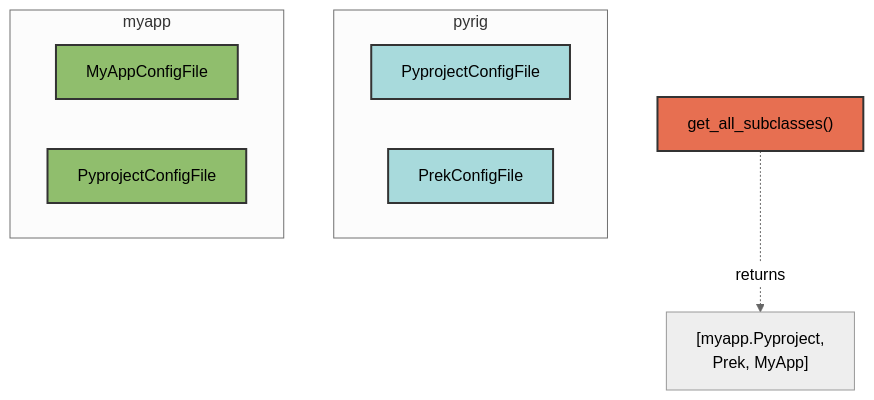
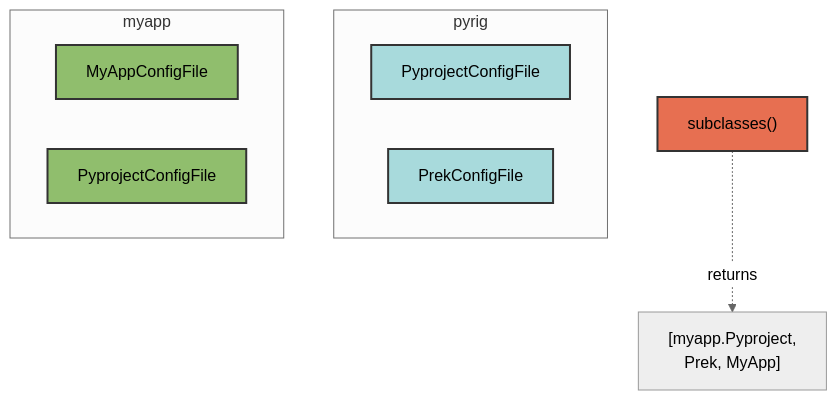
Before and after one commit to Winipedia/pyrig: the third of 3 diagrams in docs/tools/architecture.md, drawn with Mermaid (neutral theme). The commit also changed other lines of this file and 109 other files, not shown here.

````diff
--- a/docs/tools/architecture.md
+++ b/docs/tools/architecture.md
@@ -95,20 +95,20 @@
 ```mermaid
 graph TD
     subgraph pyrig
         A[PyprojectConfigFile]
         B[PrekConfigFile]
     end
     subgraph myapp
         C[MyAppConfigFile]
         D[PyprojectConfigFile]
     end
 
-    E["get_all_subclasses()"] -.->|returns| F["[myapp.Pyproject,
+    E["subclasses()"] -.->|returns| F["[myapp.Pyproject,
     Prek, MyApp]"]
 
     style A fill:#a8dadc,stroke:#333,stroke-width:2px,color:#000
     style B fill:#a8dadc,stroke:#333,stroke-width:2px,color:#000
     style C fill:#90be6d,stroke:#333,stroke-width:2px,color:#000
     style D fill:#90be6d,stroke:#333,stroke-width:2px,color:#000
     style E fill:#e76f51,stroke:#333,stroke-width:2px,color:#000
 ```
````
